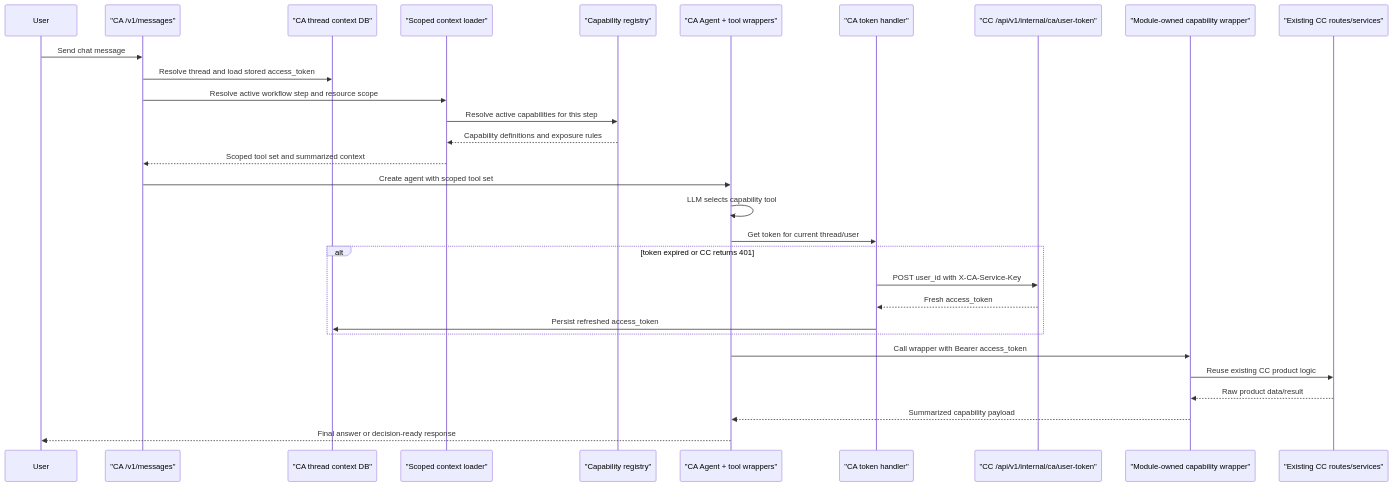
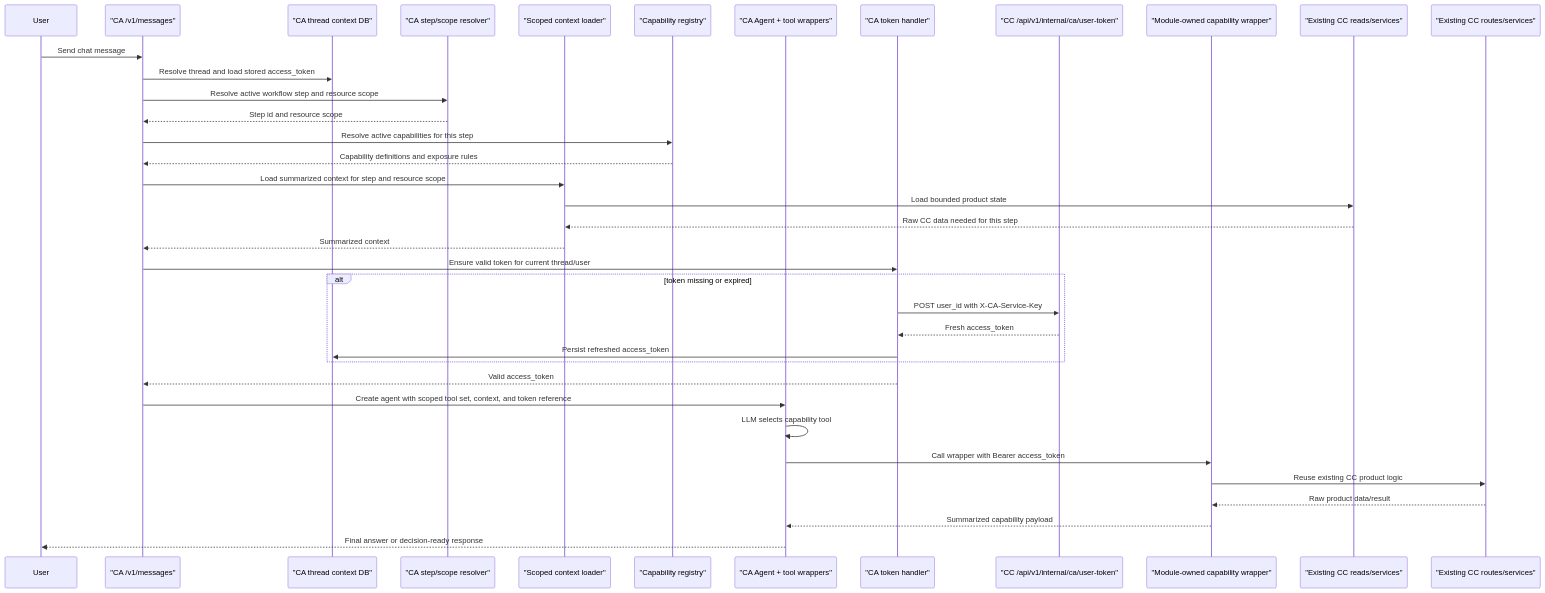
Before and after one commit to Open-Earth-Foundation/CityCatalyst: the diagram in docs/AgenticModuleScope.md, drawn with Mermaid. The commit also changed other lines of this file and 1 other file, not shown here.

````diff
--- a/docs/AgenticModuleScope.md
+++ b/docs/AgenticModuleScope.md
@@ -235,35 +237,43 @@
 ```mermaid
 sequenceDiagram
     participant User
     participant CAApi as "CA /v1/messages"
     participant ThreadDB as "CA thread context DB"
+    participant Resolver as "CA step/scope resolver"
     participant Scope as "Scoped context loader"
     participant Registry as "Capability registry"
     participant Agent as "CA Agent + tool wrappers"
     participant Token as "CA token handler"
     participant CCAuth as "CC /api/v1/internal/ca/user-token"
     participant CCWrapper as "Module-owned capability wrapper"
+    participant CCRead as "Existing CC reads/services"
     participant CCLogic as "Existing CC routes/services"
 
     User->>CAApi: Send chat message
     CAApi->>ThreadDB: Resolve thread and load stored access_token
-    CAApi->>Scope: Resolve active workflow step and resource scope
-    Scope->>Registry: Resolve active capabilities for this step
-    Registry-->>Scope: Capability definitions and exposure rules
-    Scope-->>CAApi: Scoped tool set and summarized context
-    CAApi->>Agent: Create agent with scoped tool set
-    Agent->>Agent: LLM selects capability tool
-    Agent->>Token: Get token for current thread/user
+    CAApi->>Resolver: Resolve active workflow step and resource scope
+    Resolver-->>CAApi: Step id and resource scope
+    CAApi->>Registry: Resolve active capabilities for this step
+    Registry-->>CAApi: Capability definitions and exposure rules
+    CAApi->>Scope: Load summarized context for step and resource scope
+    Scope->>CCRead: Load bounded product state
+    CCRead-->>Scope: Raw CC data needed for this step
+    Scope-->>CAApi: Summarized context
+    CAApi->>Token: Ensure valid token for current thread/user
 
-    alt token expired or CC returns 401
+    alt token missing or expired
         Token->>CCAuth: POST user_id with X-CA-Service-Key
         CCAuth-->>Token: Fresh access_token
         Token->>ThreadDB: Persist refreshed access_token
     end
+
+    Token-->>CAApi: Valid access_token
+    CAApi->>Agent: Create agent with scoped tool set, context, and token reference
+    Agent->>Agent: LLM selects capability tool
 
     Agent->>CCWrapper: Call wrapper with Bearer access_token
     CCWrapper->>CCLogic: Reuse existing CC product logic
     CCLogic-->>CCWrapper: Raw product data/result
     CCWrapper-->>Agent: Summarized capability payload
     Agent-->>User: Final answer or decision-ready response
 ```
````
